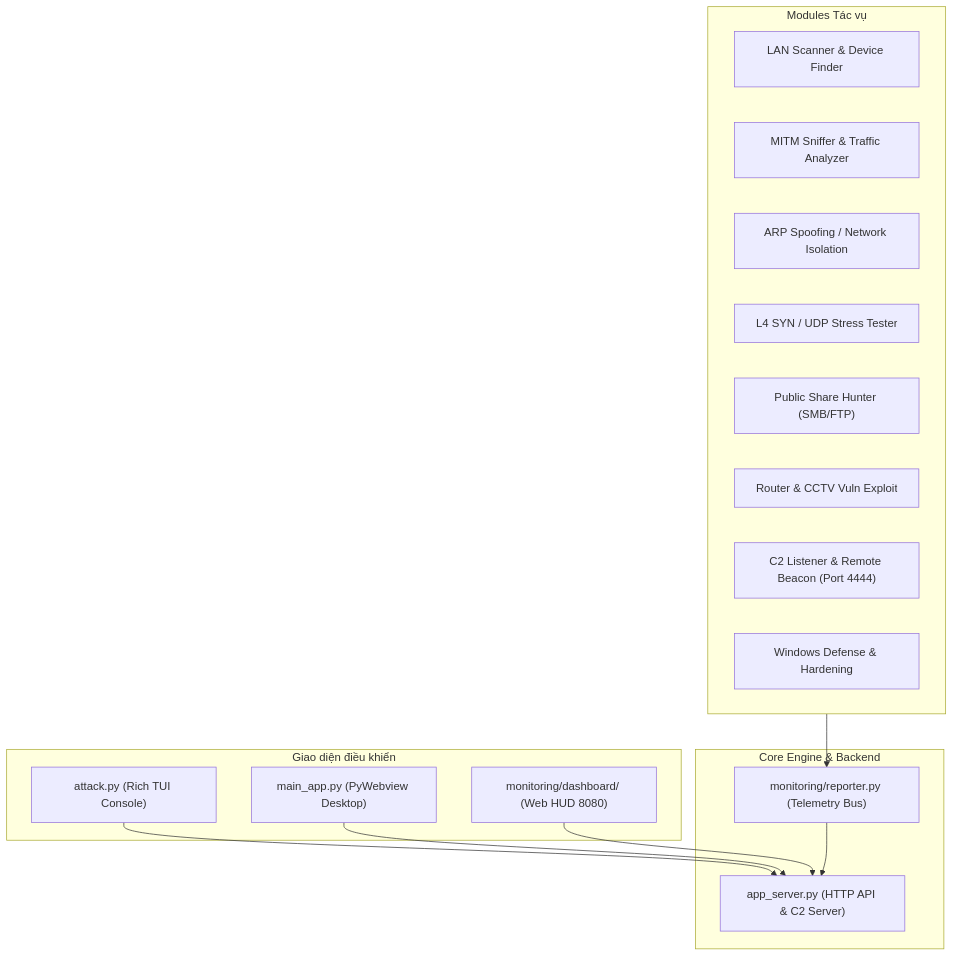
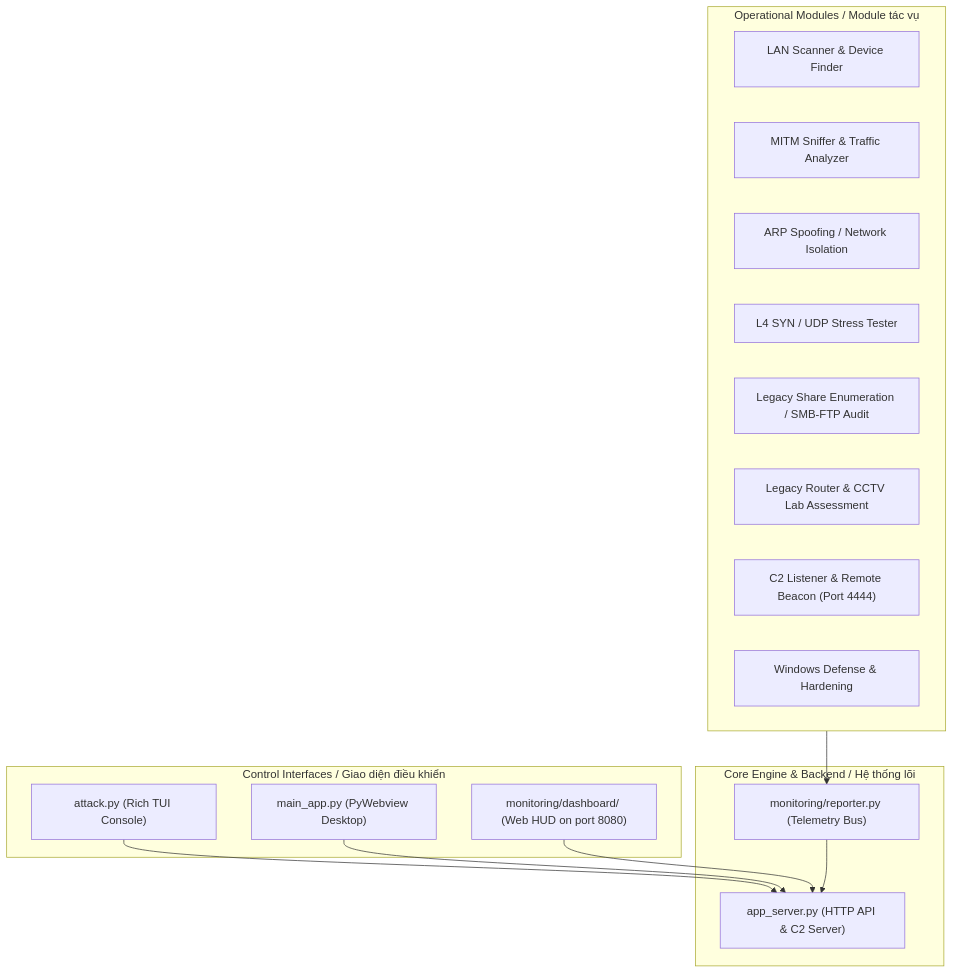
The diagram in README.md (boisitinhuongnuocloc/ddos-network-), drawn with Mermaid before and after one commit. The commit also changed other lines of this file and 1 other file, not shown here.

````diff
--- a/README.md
+++ b/README.md
@@ -9,29 +19,29 @@
 ```mermaid
 flowchart TD
-    subgraph ClientInterfaces ["Giao diện điều khiển"]
+    subgraph ClientInterfaces ["Control Interfaces / Giao diện điều khiển"]
         CLI["attack.py (Rich TUI Console)"]
         GUI["main_app.py (PyWebview Desktop)"]
-        WEB["monitoring/dashboard/ (Web HUD 8080)"]
+        WEB["monitoring/dashboard/ (Web HUD on port 8080)"]
     end
 
-    subgraph CoreBackend ["Core Engine & Backend"]
+    subgraph CoreBackend ["Core Engine & Backend / Hệ thống lõi"]
         SERVER["app_server.py (HTTP API & C2 Server)"]
         REPORTER["monitoring/reporter.py (Telemetry Bus)"]
     end
 
-    subgraph Operations ["Modules Tác vụ"]
+    subgraph Operations ["Operational Modules / Module tác vụ"]
         M1["LAN Scanner & Device Finder"]
         M2["MITM Sniffer & Traffic Analyzer"]
         M3["ARP Spoofing / Network Isolation"]
         M4["L4 SYN / UDP Stress Tester"]
-        M5["Public Share Hunter (SMB/FTP)"]
-        M6["Router & CCTV Vuln Exploit"]
+        M5["Legacy Share Enumeration / SMB-FTP Audit"]
+        M6["Legacy Router & CCTV Lab Assessment"]
         M7["C2 Listener & Remote Beacon (Port 4444)"]
         M8["Windows Defense & Hardening"]
     end
 
     CLI --> SERVER
     GUI --> SERVER
     WEB --> SERVER
     Operations --> REPORTER --> SERVER
 ```
````
